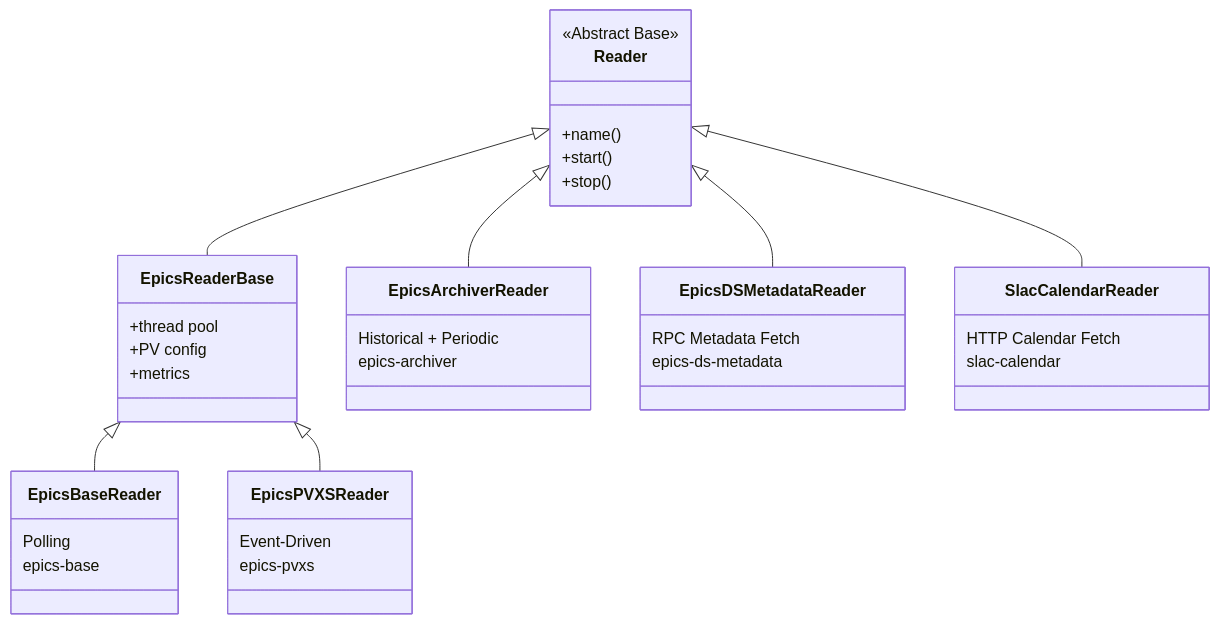
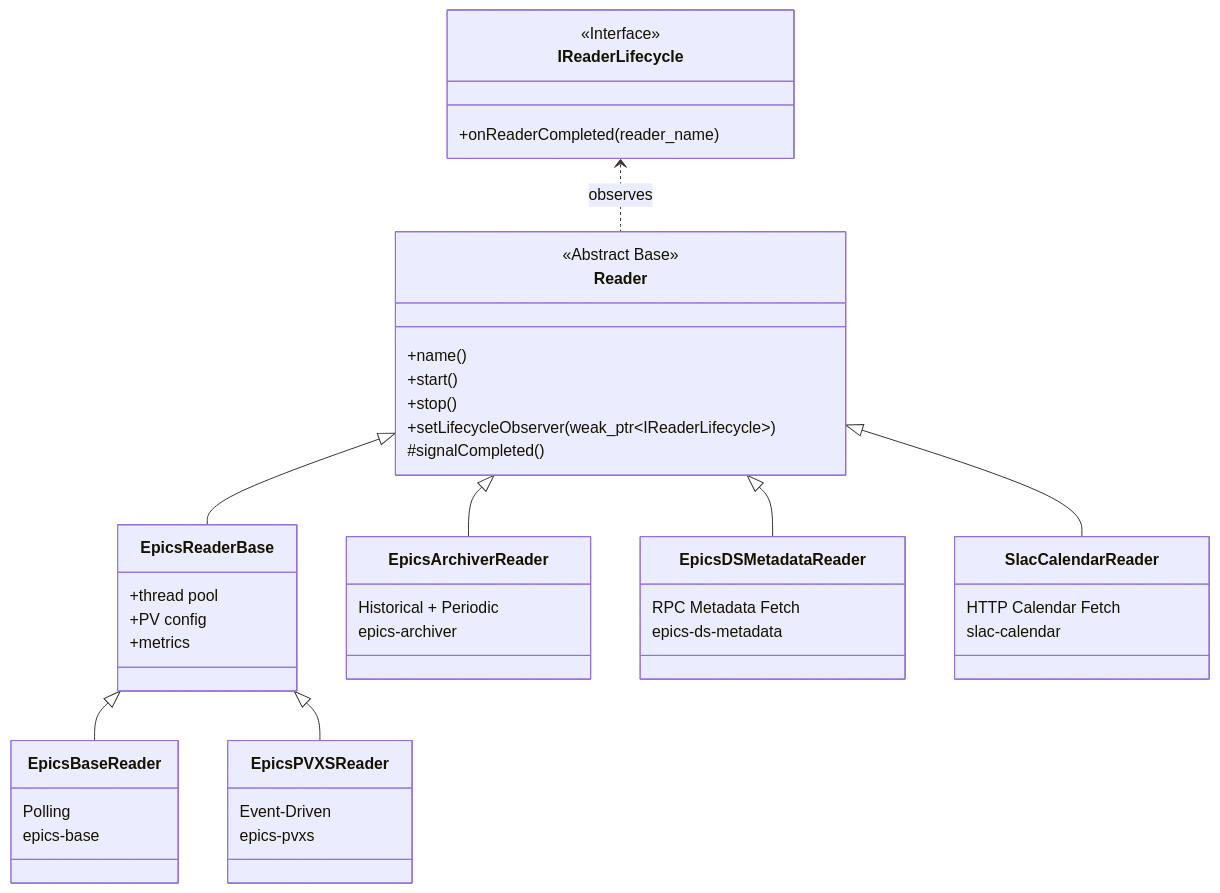
Before and after one commit to slaclab/mldp-pvxs-driver: the diagram in docs/readers/readers.md, drawn with Mermaid. The commit also changed other lines of this file and 6 other files, not shown here.

First line of the commit message:
docs: add reader lifecycle auto-close documentation across all affected docs

````diff
--- a/docs/readers/readers.md
+++ b/docs/readers/readers.md
@@ -36,47 +36,55 @@
 ```mermaid
 classDiagram
+    class IReaderLifecycle {
+        <<Interface>>
+        +onReaderCompleted(reader_name)
+    }
+
     class Reader {
         <<Abstract Base>>
         +name()
         +start()
         +stop()
+        +setLifecycleObserver(weak_ptr~IReaderLifecycle~)
+        #signalCompleted()
     }
 
     class EpicsReaderBase {
         +thread pool
         +PV config
         +metrics
     }
 
     class EpicsBaseReader {
         Polling
         epics-base
     }
 
     class EpicsPVXSReader {
         Event-Driven
         epics-pvxs
     }
 
     class EpicsArchiverReader {
         Historical + Periodic
         epics-archiver
     }
 
     class EpicsDSMetadataReader {
         RPC Metadata Fetch
         epics-ds-metadata
     }
 
     class SlacCalendarReader {
         HTTP Calendar Fetch
         slac-calendar
     }
 
+    IReaderLifecycle <.. Reader : observes
     Reader <|-- EpicsReaderBase
     Reader <|-- EpicsArchiverReader
     Reader <|-- EpicsDSMetadataReader
     Reader <|-- SlacCalendarReader
     EpicsReaderBase <|-- EpicsBaseReader
     EpicsReaderBase <|-- EpicsPVXSReader
 ```
````
